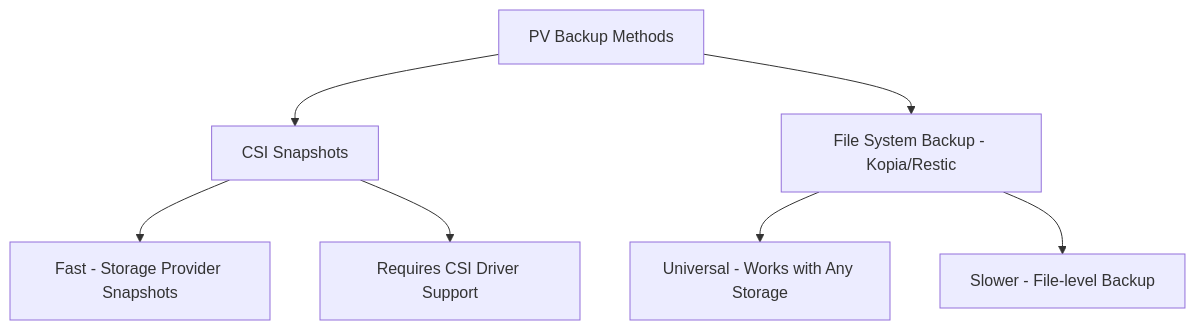
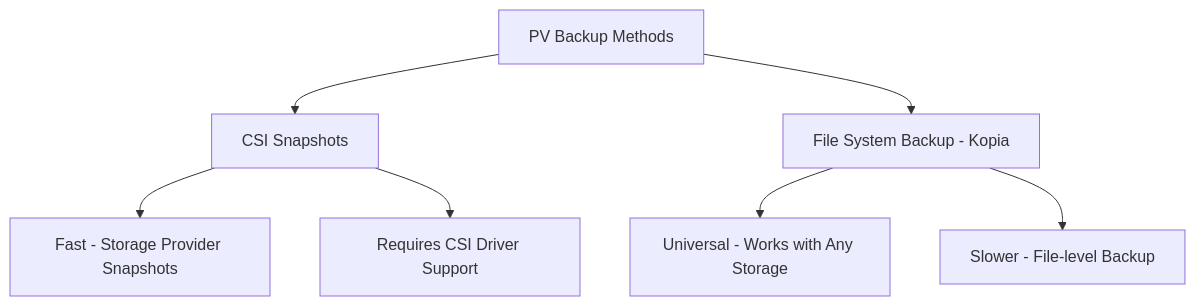
One commit to OneUptime/blog changed the third of 4 diagrams in posts/2026-02-20-velero-kubernetes-backup/README.md. Above: the diagram before and after it, drawn with Mermaid. The commit also changed other lines of this file and 2 other files, not shown here.

Commit message:
validate: 2026-02-20-velero-kubernetes-backup

````diff
--- a/posts/2026-02-20-velero-kubernetes-backup/README.md
+++ b/posts/2026-02-20-velero-kubernetes-backup/README.md
@@ -206,9 +211,9 @@
 ```mermaid
 graph TD
     A[PV Backup Methods] --> B[CSI Snapshots]
-    A --> C[File System Backup - Kopia/Restic]
+    A --> C[File System Backup - Kopia]
     B --> D[Fast - Storage Provider Snapshots]
     B --> E[Requires CSI Driver Support]
     C --> F[Universal - Works with Any Storage]
     C --> G[Slower - File-level Backup]
 ```
````
